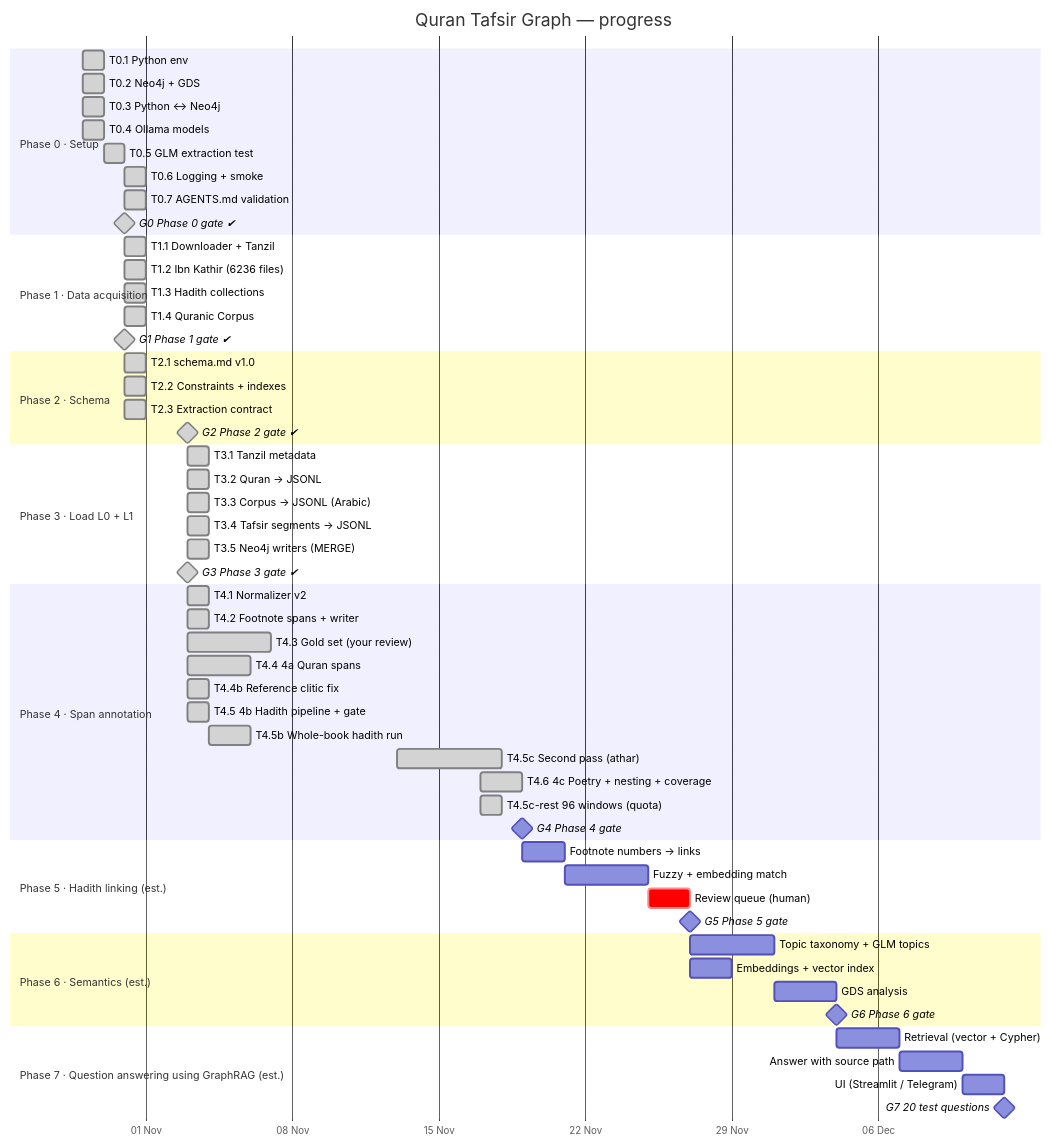
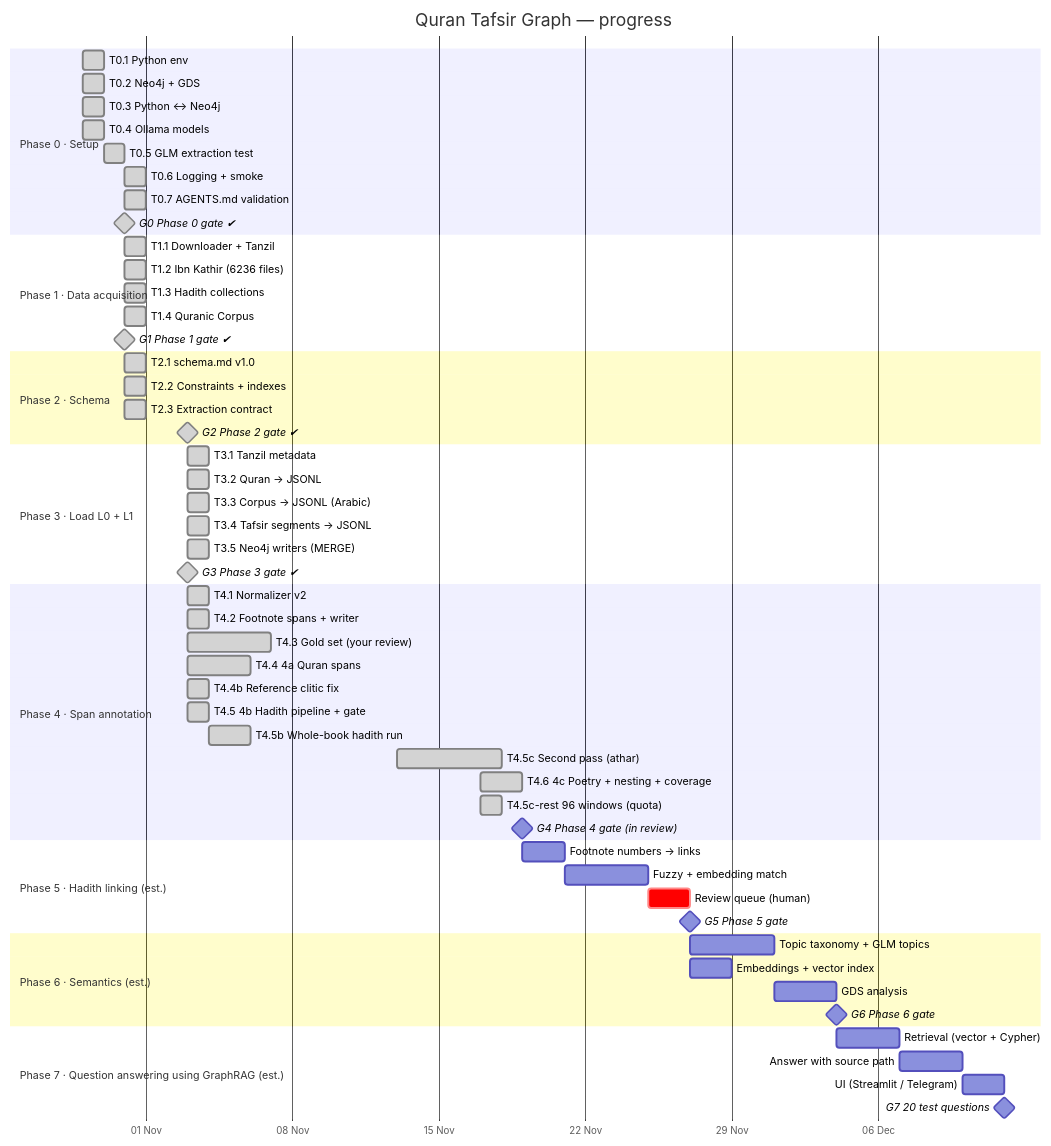
The diagram in docs/GANTT.md (mohamed-soubhi/quran-graph), drawn with Mermaid before and after one commit. The commit also changed other lines of this file and 7 other files, not shown here.

Commit message:
G4: Phase 4 gate run - 4a, 4b (3 runs), 4c all PASS; read-only gate_g4.py; report for sign-off

````diff
--- a/docs/GANTT.md
+++ b/docs/GANTT.md
@@ -9,69 +9,69 @@
 ```mermaid
 gantt
     title Quran Tafsir Graph — progress
     dateFormat YYYY-MM-DD
     axisFormat %d %b
     todayMarker stroke-width:3px,stroke:#d33
 
     section Phase 0 · Setup
     T0.1 Python env                 :done, t01, 2026-10-29, 1d
     T0.2 Neo4j + GDS                :done, t02, 2026-10-29, 1d
     T0.3 Python ↔ Neo4j             :done, t03, 2026-10-29, 1d
     T0.4 Ollama models              :done, t04, 2026-10-29, 1d
     T0.5 GLM extraction test        :done, t05, 2026-10-30, 1d
     T0.6 Logging + smoke            :done, t06, 2026-10-31, 1d
     T0.7 AGENTS.md validation       :done, t07, 2026-10-31, 1d
     G0 Phase 0 gate ✔               :milestone, done, g0, 2026-10-31, 0d
 
     section Phase 1 · Data acquisition
     T1.1 Downloader + Tanzil        :done, t11, 2026-10-31, 1d
     T1.2 Ibn Kathir (6236 files)    :done, t12, 2026-10-31, 1d
     T1.3 Hadith collections         :done, t13, 2026-10-31, 1d
     T1.4 Quranic Corpus            :done, t14, 2026-10-31, 1d
     G1 Phase 1 gate ✔               :milestone, done, g1, 2026-10-31, 0d
 
     section Phase 2 · Schema
     T2.1 schema.md v1.0            :done, t21, 2026-10-31, 1d
     T2.2 Constraints + indexes      :done, t22, 2026-10-31, 1d
     T2.3 Extraction contract        :done, t23, 2026-10-31, 1d
     G2 Phase 2 gate ✔               :milestone, done, g2, 2026-11-03, 0d
 
     section Phase 3 · Load L0 + L1
     T3.1 Tanzil metadata            :done, t31, 2026-11-03, 1d
     T3.2 Quran → JSONL              :done, t32, 2026-11-03, 1d
     T3.3 Corpus → JSONL (Arabic)    :done, t33, 2026-11-03, 1d
     T3.4 Tafsir segments → JSONL    :done, t34, 2026-11-03, 1d
     T3.5 Neo4j writers (MERGE)      :done, p3b, 2026-11-03, 1d
     G3 Phase 3 gate ✔               :milestone, done, g3, 2026-11-03, 0d
 
     section Phase 4 · Span annotation
     T4.1 Normalizer v2              :done, t41, 2026-11-03, 1d
     T4.2 Footnote spans + writer    :done, t42, 2026-11-03, 1d
     T4.3 Gold set (your review)     :done, t43, 2026-11-03, 4d
     T4.4 4a Quran spans             :done, t44, 2026-11-03, 3d
     T4.4b Reference clitic fix      :done, t44b, 2026-11-03, 1d
     T4.5 4b Hadith pipeline + gate  :done, t45, 2026-11-03, 1d
     T4.5b Whole-book hadith run     :done, t45b, 2026-11-04, 2d
     T4.5c Second pass (athar)       :done, t45c, 2026-11-13, 5d
     T4.6 4c Poetry + nesting + coverage :done, p4c, 2026-11-17, 2d
     T4.5c-rest 96 windows (quota)   :done, t45r, 2026-11-17, 1d
-    G4 Phase 4 gate                 :milestone, g4, after p4c, 0d
+    G4 Phase 4 gate (in review)     :milestone, g4, after p4c, 0d
 
     section Phase 5 · Hadith linking (est.)
     Footnote numbers → links        :p5a, after g4, 2d
     Fuzzy + embedding match         :p5b, after p5a, 4d
     Review queue (human)            :crit, p5c, after p5b, 2d
     G5 Phase 5 gate                 :milestone, g5, after p5c, 0d
 
     section Phase 6 · Semantics (est.)
     Topic taxonomy + GLM topics     :p6a, after g5, 4d
     Embeddings + vector index       :p6b, after g5, 2d
     GDS analysis                    :p6c, after p6a, 3d
     G6 Phase 6 gate                 :milestone, g6, after p6c, 0d
 
     section Phase 7 · Question answering using GraphRAG (est.)
     Retrieval (vector + Cypher)     :p7a, after g6, 3d
     Answer with source path         :p7b, after p7a, 3d
     UI (Streamlit / Telegram)       :p7c, after p7b, 2d
     G7 20 test questions            :milestone, g7, after p7c, 0d
 ```
````
